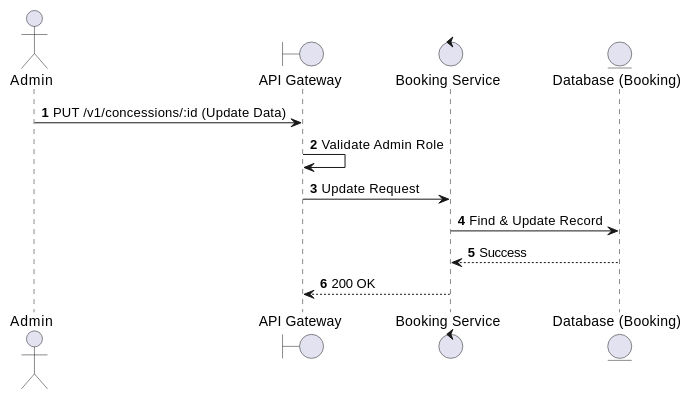
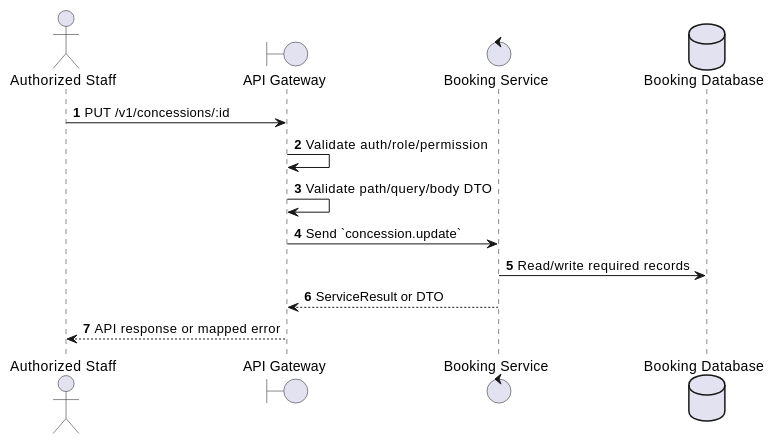
The first of 2 diagrams in docs/functional_specs/3.9_Concessions_FB_Module/CS-04_Update_Concession.md (Tanh1603/movie-hub-architecture), drawn with PlantUML before and after one commit. The commit also changed other lines of this file and 126 other files, not shown here.

````diff
--- a/docs/functional_specs/3.9_Concessions_FB_Module/CS-04_Update_Concession.md
+++ b/docs/functional_specs/3.9_Concessions_FB_Module/CS-04_Update_Concession.md
@@ -17,16 +17,17 @@
 ```plantuml
 @startuml
 autonumber
-actor Admin
+actor "Authorized Staff" as Actor
 boundary "API Gateway" as GW
-control "Booking Service" as BS
-entity "Database (Booking)" as DB
+control "Booking Service" as SVC
+database "Booking Database" as DB
 
-Admin -> GW: PUT /v1/concessions/:id (Update Data)
-GW -> GW: Validate Admin Role
-GW -> BS: Update Request
-BS -> DB: Find & Update Record
-DB --> BS: Success
-BS --> GW: 200 OK
+Actor -> GW: PUT /v1/concessions/:id
+GW -> GW: Validate auth/role/permission
+GW -> GW: Validate path/query/body DTO
+GW -> SVC: Send `concession.update`
+SVC -> DB: Read/write required records
+SVC --> GW: ServiceResult or DTO
+GW --> Actor: API response or mapped error
 @enduml
 ```
````
